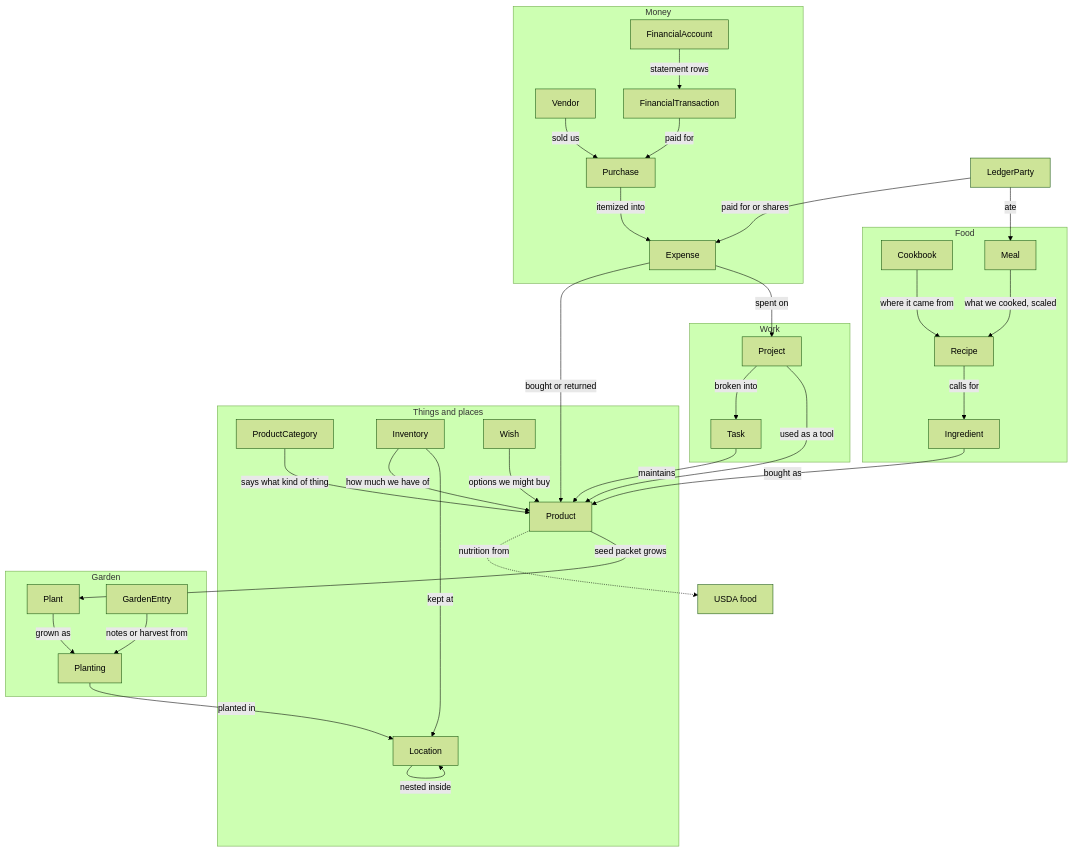
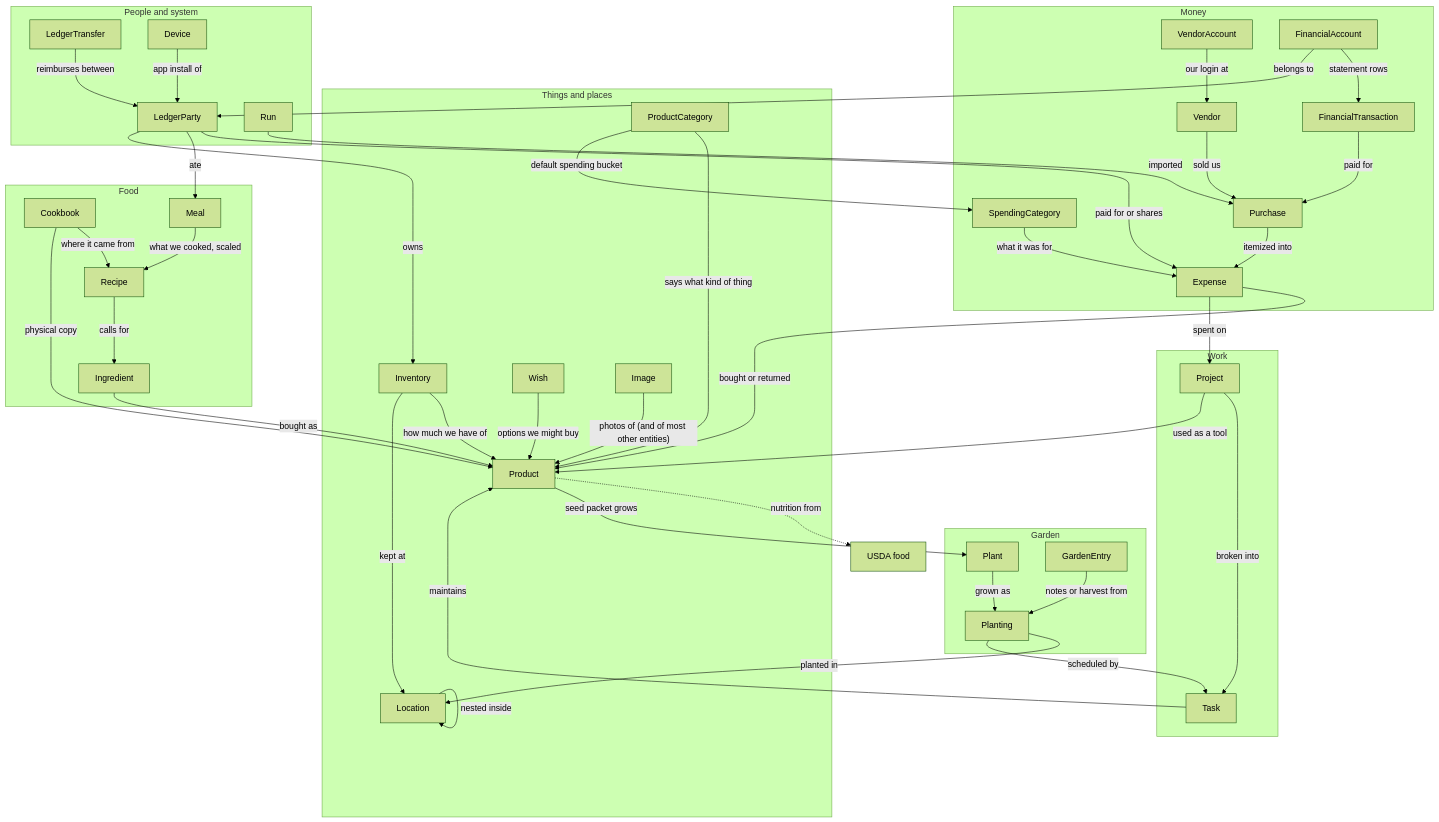
The diagram in README.md (nickysemenza/cubby), drawn with Mermaid (forest theme) before and after one commit.

Commit message:
Show every entity in the README diagram

````diff
--- a/README.md
+++ b/README.md
@@ -78,38 +78,52 @@
 ```mermaid
 flowchart TB
   subgraph Core["Things and places"]
     ProductCategory -- "says what kind of thing" --> Product
     Inventory -- "how much we have of" --> Product
     Inventory -- "kept at" --> Location
     Location -- "nested inside" --> Location
     Wish -- "options we might buy" --> Product
+    Image -- "photos of (and of most other entities)" --> Product
   end
   subgraph Food
     Recipe -- "calls for" --> Ingredient
     Cookbook -- "where it came from" --> Recipe
     Meal -- "what we cooked, scaled" --> Recipe
   end
   subgraph Garden
     Plant -- "grown as" --> Planting
     GardenEntry -- "notes or harvest from" --> Planting
   end
   subgraph Work
     Project -- "broken into" --> Task
   end
   subgraph Money
     Vendor -- "sold us" --> Purchase
+    VendorAccount -- "our login at" --> Vendor
     Purchase -- "itemized into" --> Expense
+    SpendingCategory -- "what it was for" --> Expense
     FinancialAccount -- "statement rows" --> FinancialTransaction
     FinancialTransaction -- "paid for" --> Purchase
+  end
+  subgraph People["People and system"]
+    LedgerTransfer -- "reimburses between" --> LedgerParty
+    Device -- "app install of" --> LedgerParty
+    Run
   end
   Ingredient -- "bought as" --> Product
   Product -. "nutrition from" .-> USDA[USDA food]
   Product -- "seed packet grows" --> Plant
+  Cookbook -- "physical copy" --> Product
+  ProductCategory -- "default spending bucket" --> SpendingCategory
   Planting -- "planted in" --> Location
+  Planting -- "scheduled by" --> Task
   Project -- "used as a tool" --> Product
   Task -- "maintains" --> Product
   Expense -- "bought or returned" --> Product
   Expense -- "spent on" --> Project
   LedgerParty -- "paid for or shares" --> Expense
   LedgerParty -- "ate" --> Meal
+  LedgerParty -- "owns" --> Inventory
+  FinancialAccount -- "belongs to" --> LedgerParty
+  Run -- "imported" --> Purchase
 ```
````
